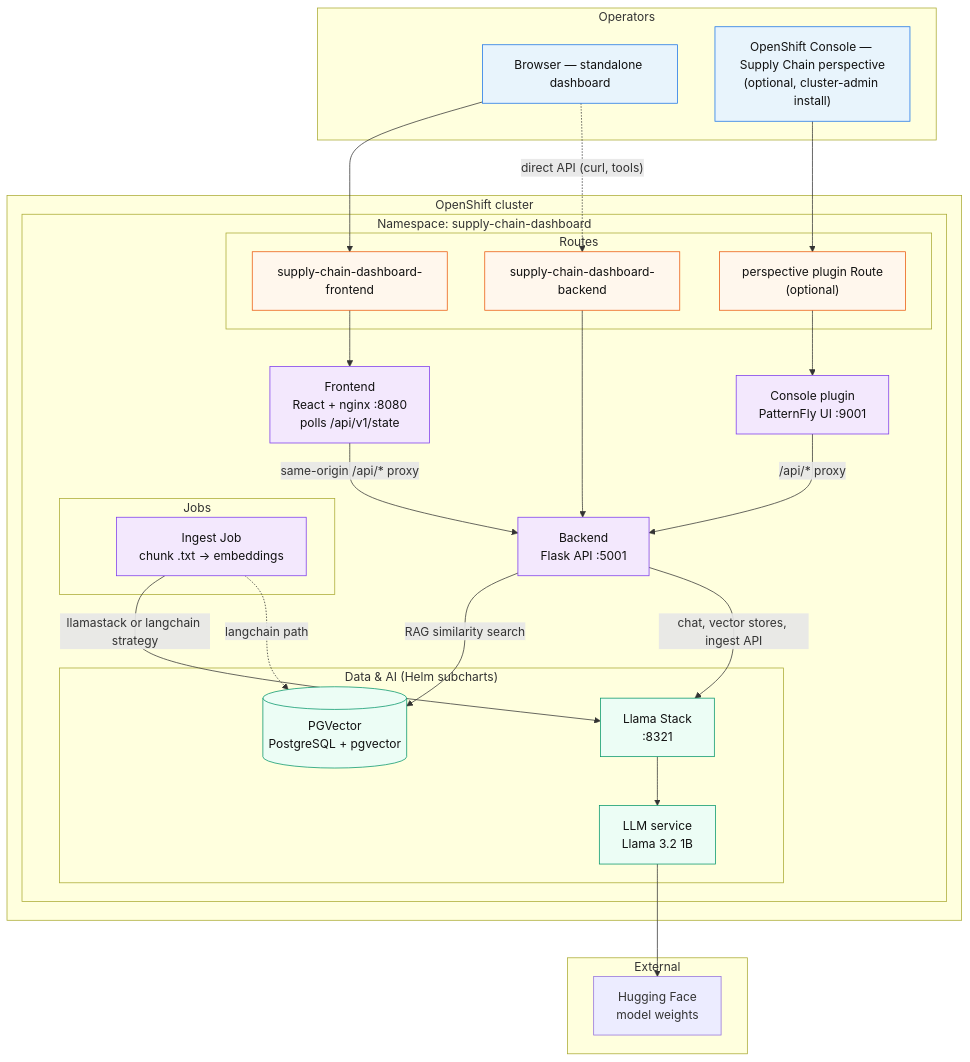
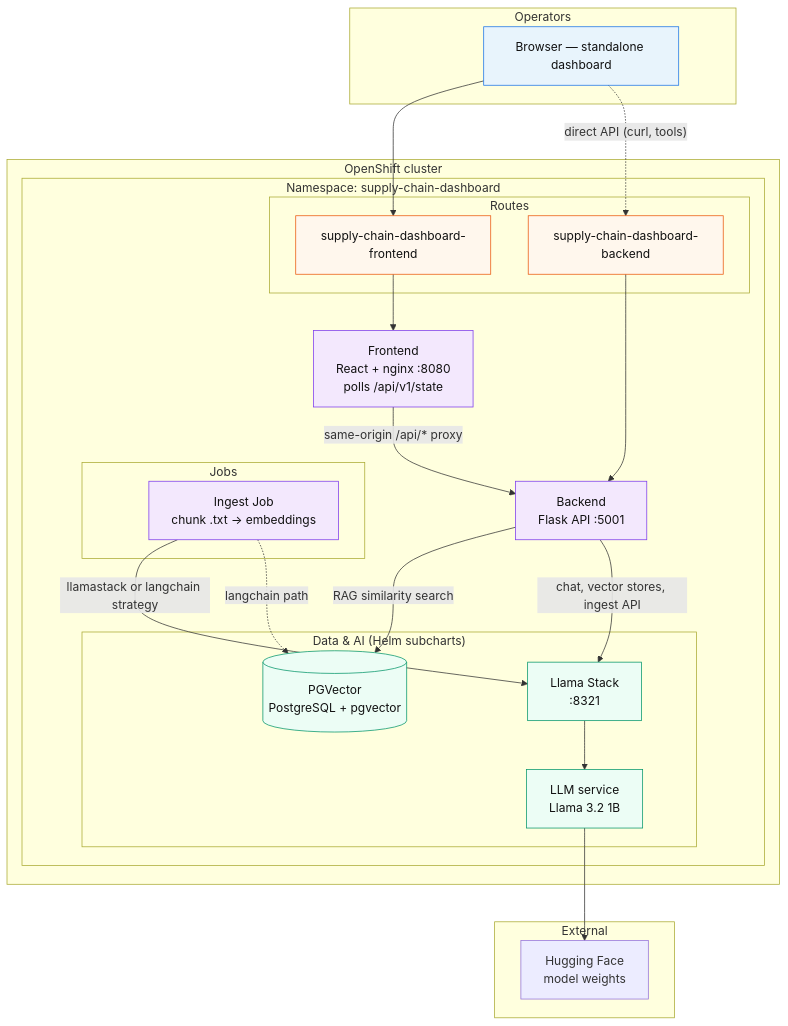
One commit to rh-ai-quickstart/ai-supply-chain-agent changed the first of 2 diagrams in README.md. Above: the diagram before and after it, drawn with Mermaid. The commit also changed other lines of this file and 122 other files, not shown here.

````diff
--- a/README.md
+++ b/README.md
@@ -34,59 +33,54 @@
 ```mermaid
 flowchart TB
   subgraph users["Operators"]
     U1["Browser — standalone dashboard"]
-    U2["OpenShift Console — Supply Chain perspective<br/>(optional, cluster-admin install)"]
   end
 
   subgraph ocp["OpenShift cluster"]
     subgraph ns["Namespace: supply-chain-dashboard"]
       subgraph routes["Routes"]
         R_FE["supply-chain-dashboard-frontend"]
         R_BE["supply-chain-dashboard-backend"]
-        R_PLUG["perspective plugin Route<br/>(optional)"]
       end
 
       FE["Frontend<br/>React + nginx :8080<br/>polls /api/v1/state"]
-      PLUG["Console plugin<br/>PatternFly UI :9001"]
       BE["Backend<br/>Flask API :5001"]
 
       subgraph jobs["Jobs"]
         ING["Ingest Job<br/>chunk .txt → embeddings"]
       end
 
       subgraph data["Data & AI (Helm subcharts)"]
         PG[("PGVector<br/>PostgreSQL + pgvector")]
         LS["Llama Stack<br/>:8321"]
         LLM["LLM service<br/>Llama 3.2 1B"]
       end
     end
   end
 
   subgraph external["External"]
     HF["Hugging Face<br/>model weights"]
   end
 
   U1 --> R_FE --> FE
-  U2 --> R_PLUG --> PLUG
   FE -->|"same-origin /api/* proxy"| BE
-  PLUG -->|"/api/* proxy"| BE
   U1 -.->|"direct API (curl, tools)"| R_BE
   R_BE --> BE
 
   BE -->|"RAG similarity search"| PG
   BE -->|"chat, vector stores, ingest API"| LS
   LS --> LLM
   LLM --> HF
 
   ING -->|"llamastack or langchain strategy"| LS
   ING -.->|"langchain path"| PG
 
   classDef user fill:#e8f4fc,stroke:#1a73e8,color:#111
   classDef app fill:#f3e8fd,stroke:#7c3aed,color:#111
   classDef data fill:#ecfdf5,stroke:#059669,color:#111
   classDef route fill:#fff7ed,stroke:#ea580c,color:#111
-  class U1,U2 user
-  class FE,PLUG,BE,ING app
+  class U1 user
+  class FE,BE,ING app
   class PG,LS,LLM data
-  class R_FE,R_BE,R_PLUG route
+  class R_FE,R_BE route
 ```
````
